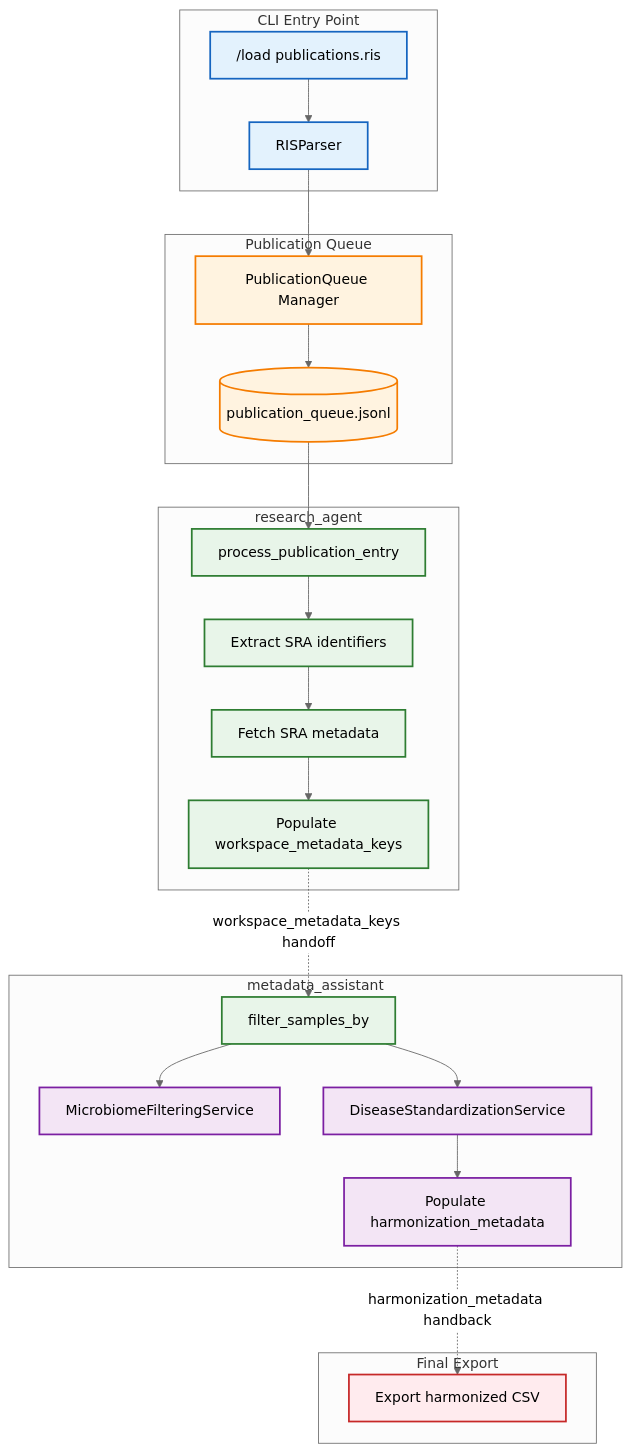
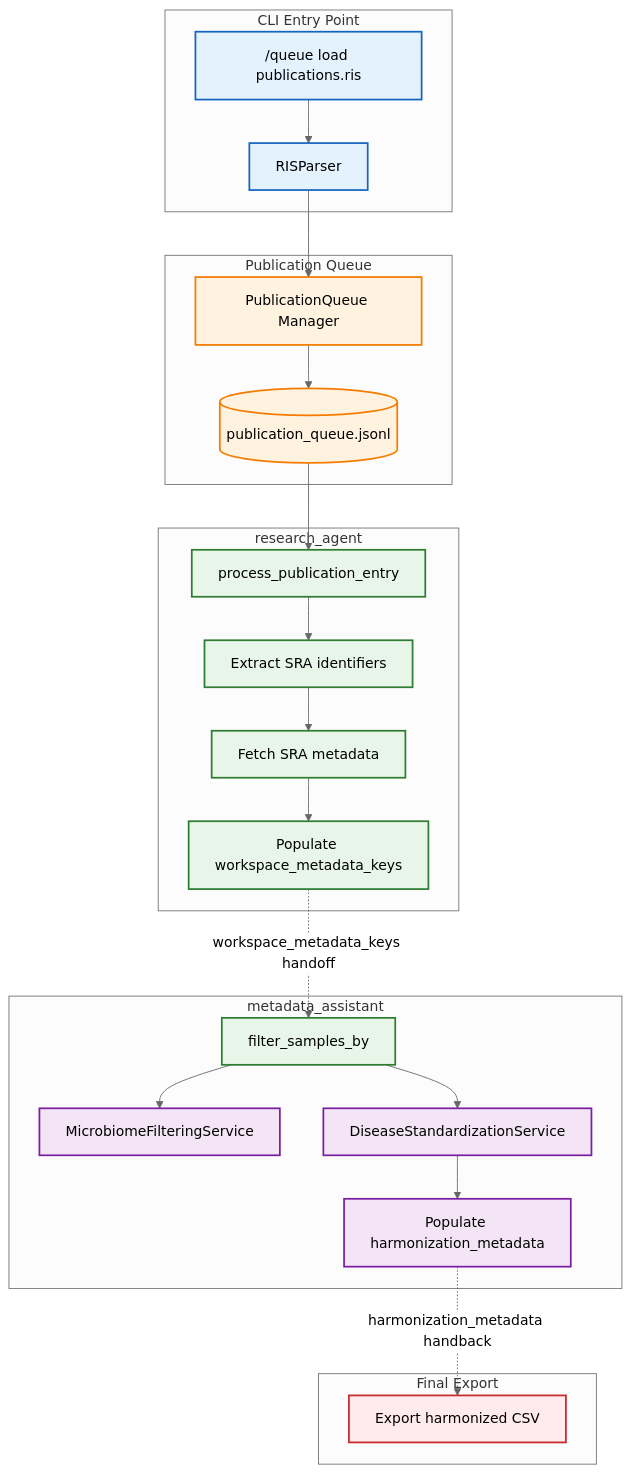
Before and after one commit to the-omics-os/lobster: the first of 3 diagrams in wiki/47-microbiome-harmonization-workflow.md, drawn with Mermaid (neutral theme). The commit also changed other lines of this file and 24 other files, not shown here.

````diff
--- a/wiki/47-microbiome-harmonization-workflow.md
+++ b/wiki/47-microbiome-harmonization-workflow.md
@@ -28,58 +28,58 @@
 ```mermaid
 graph TB
     subgraph "CLI Entry Point"
-        RIS["/load publications.ris"]
+        RIS["/queue load publications.ris"]
         RISPARSE[RISParser]
     end
 
     subgraph "Publication Queue"
         PQ[(publication_queue.jsonl)]
         PQM[PublicationQueue Manager]
     end
 
     subgraph "research_agent"
         PROC[process_publication_entry]
         EXTRACT[Extract SRA identifiers]
         FETCH[Fetch SRA metadata]
         WMK["Populate workspace_metadata_keys"]
     end
 
     subgraph "metadata_assistant"
         FILTER[filter_samples_by]
         MICROB[MicrobiomeFilteringService]
         DISEASE[DiseaseStandardizationService]
         HARMON["Populate harmonization_metadata"]
     end
 
     subgraph "Final Export"
         CSV[Export harmonized CSV]
     end
 
     RIS --> RISPARSE
     RISPARSE --> PQM
     PQM --> PQ
 
     PQ --> PROC
     PROC --> EXTRACT
     EXTRACT --> FETCH
     FETCH --> WMK
 
     WMK -.workspace_metadata_keys handoff.-> FILTER
     FILTER --> MICROB
     FILTER --> DISEASE
     DISEASE --> HARMON
 
     HARMON -.harmonization_metadata handback.-> CSV
 
     classDef cli fill:#e3f2fd,stroke:#1565c0,stroke-width:2px
     classDef queue fill:#fff3e0,stroke:#f57c00,stroke-width:2px
     classDef agent fill:#e8f5e9,stroke:#2e7d32,stroke-width:2px
     classDef service fill:#f3e5f5,stroke:#7b1fa2,stroke-width:2px
     classDef export fill:#ffebee,stroke:#c62828,stroke-width:2px
 
     class RIS,RISPARSE cli
     class PQ,PQM queue
     class PROC,EXTRACT,FETCH,WMK,FILTER agent
     class MICROB,DISEASE,HARMON service
     class CSV export
 ```
````
